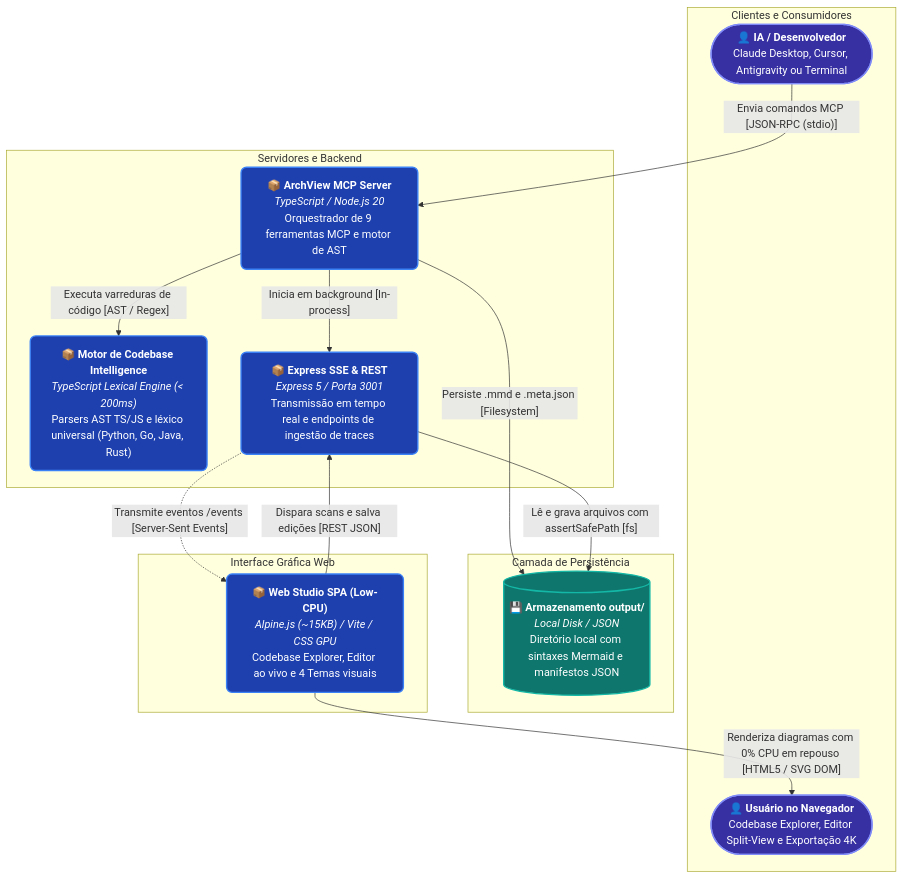
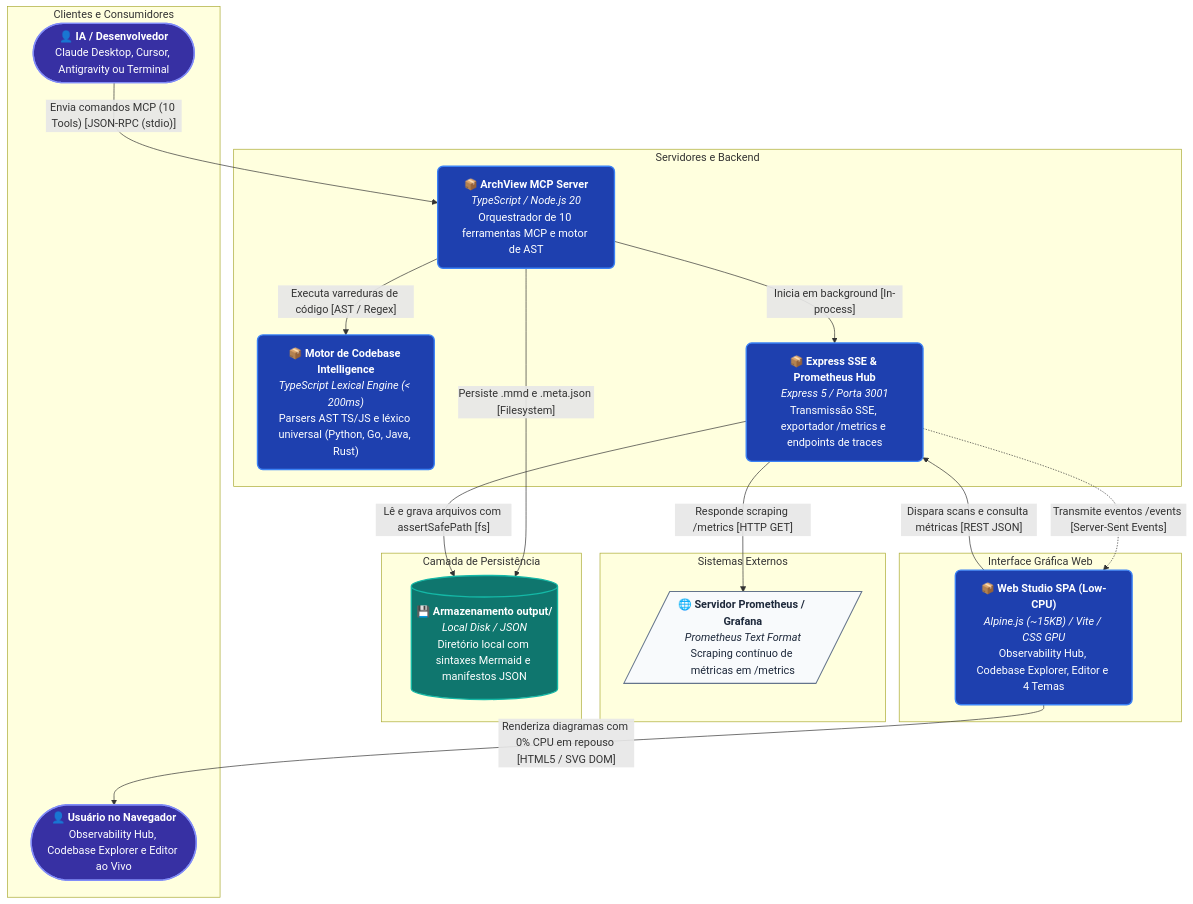
The diagram in output/self-doc-architecture.mmd (70gurupia/archview), drawn with Mermaid before and after one commit. The commit also changed 30 other files, not shown here.

Commit message:
feat(v4.0): implement Prometheus metrics, OpenTelemetry tracing, and Observability Hub

```diff
--- a/output/self-doc-architecture.mmd
+++ b/output/self-doc-architecture.mmd
@@ -1,42 +1,47 @@
 flowchart TD
   subgraph sg_1[" Clientes e Consumidores "]
     ai_client(["<b>👤 IA / Desenvolvedor</b><br/>Claude Desktop, Cursor, Antigravity ou Terminal"])
-    browser_user(["<b>👤 Usuário no Navegador</b><br/>Codebase Explorer, Editor Split-View e Exportação 4K"])
+    browser_user(["<b>👤 Usuário no Navegador</b><br/>Observability Hub, Codebase Explorer e Editor ao Vivo"])
   end
 
-  subgraph sg_2[" Servidores e Backend "]
-    mcp_server["<b>📦 ArchView MCP Server</b><br/><i>TypeScript / Node.js 20</i><br/>Orquestrador de 9 ferramentas MCP e motor de AST"]
-    engine_v3["<b>📦 Motor de Codebase Intelligence</b><br/><i>TypeScript Lexical Engine (< 200ms)</i><br/>Parsers AST TS/JS e léxico universal (Python, Go, Java, Rust)"]
-    sse_server["<b>📦 Express SSE & REST</b><br/><i>Express 5 / Porta 3001</i><br/>Transmissão em tempo real e endpoints de ingestão de traces"]
+  subgraph sg_2[" Sistemas Externos "]
+    prom_collector[/"<b>🌐 Servidor Prometheus / Grafana</b><br/><i>Prometheus Text Format</i><br/>Scraping contínuo de métricas em /metrics"/]
   end
 
-  subgraph sg_3[" Camada de Persistência "]
+  subgraph sg_3[" Servidores e Backend "]
+    mcp_server["<b>📦 ArchView MCP Server</b><br/><i>TypeScript / Node.js 20</i><br/>Orquestrador de 10 ferramentas MCP e motor de AST"]
+    engine_v3["<b>📦 Motor de Codebase Intelligence</b><br/><i>TypeScript Lexical Engine (< 200ms)</i><br/>Parsers AST TS/JS e léxico universal (Python, Go, Java, Rust)"]
+    sse_server["<b>📦 Express SSE & Prometheus Hub</b><br/><i>Express 5 / Porta 3001</i><br/>Transmissão SSE, exportador /metrics e endpoints de traces"]
+  end
+
+  subgraph sg_4[" Camada de Persistência "]
     storage[("<b>💾 Armazenamento output/</b><br/><i>Local Disk / JSON</i><br/>Diretório local com sintaxes Mermaid e manifestos JSON")]
   end
 
-  subgraph sg_4[" Interface Gráfica Web "]
-    web_studio["<b>📦 Web Studio SPA (Low-CPU)</b><br/><i>Alpine.js (~15KB) / Vite / CSS GPU</i><br/>Codebase Explorer, Editor ao vivo e 4 Temas visuais"]
+  subgraph sg_5[" Interface Gráfica Web "]
+    web_studio["<b>📦 Web Studio SPA (Low-CPU)</b><br/><i>Alpine.js (~15KB) / Vite / CSS GPU</i><br/>Observability Hub, Codebase Explorer, Editor e 4 Temas"]
   end
 
-  ai_client -->|"Envia comandos MCP [JSON-RPC (stdio)]"| mcp_server
+  ai_client -->|"Envia comandos MCP (10 Tools) [JSON-RPC (stdio)]"| mcp_server
   mcp_server -->|"Executa varreduras de código [AST / Regex]"| engine_v3
   mcp_server -->|"Inicia em background [In-process]"| sse_server
   mcp_server -->|"Persiste .mmd e .meta.json [Filesystem]"| storage
   sse_server -->|"Lê e grava arquivos com assertSafePath [fs]"| storage
   sse_server -.->|"Transmite eventos /events [Server-Sent Events]"| web_studio
+  sse_server -->|"Responde scraping /metrics [HTTP GET]"| prom_collector
   web_studio -->|"Renderiza diagramas com 0% CPU em repouso [HTML5 / SVG DOM]"| browser_user
-  web_studio -->|"Dispara scans e salva edições [REST JSON]"| sse_server
+  web_studio -->|"Dispara scans e consulta métricas [REST JSON]"| sse_server
 
   classDef default fill:#F8FAFC,stroke:#64748B,stroke-width:1.5px,color:#1E293B,rx:8px,ry:8px;
   classDef primary fill:#1E40AF,stroke:#3B82F6,stroke-width:2px,color:#FFFFFF,rx:8px,ry:8px;
   classDef success fill:#0F766E,stroke:#14B8A6,stroke-width:2px,color:#FFFFFF,rx:8px,ry:8px;
   classDef accent fill:#3730A3,stroke:#818CF8,stroke-width:2px,color:#FFFFFF,rx:8px,ry:8px;
   classDef warning fill:#D97706,stroke:#F59E0B,stroke-width:2px,color:#FFFFFF,rx:8px,ry:8px;
   classDef danger fill:#B91C1C,stroke:#EF4444,stroke-width:2px,color:#FFFFFF,rx:8px,ry:8px;
   class ai_client accent;
   class browser_user accent;
   class mcp_server primary;
   class engine_v3 primary;
   class sse_server primary;
   class storage success;
   class web_studio primary;
```
